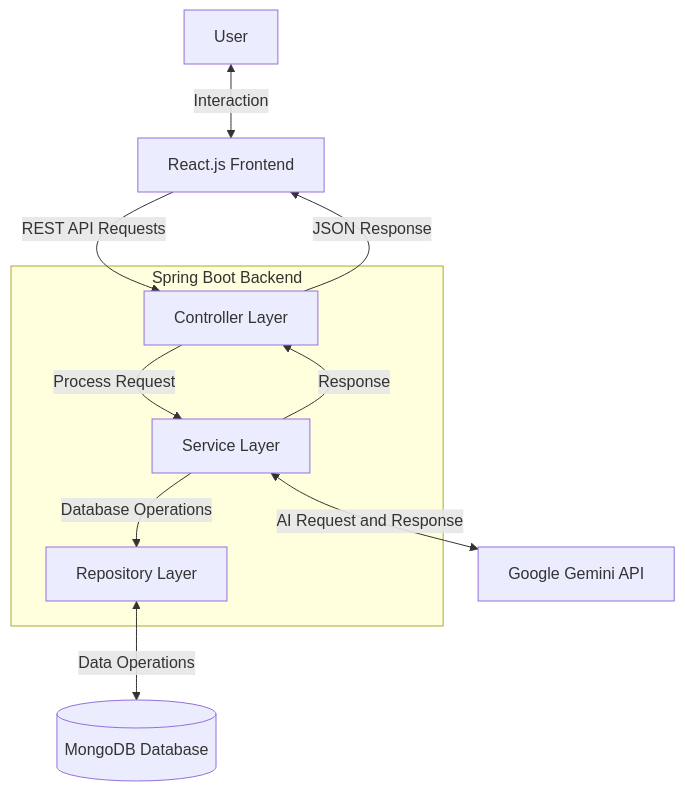
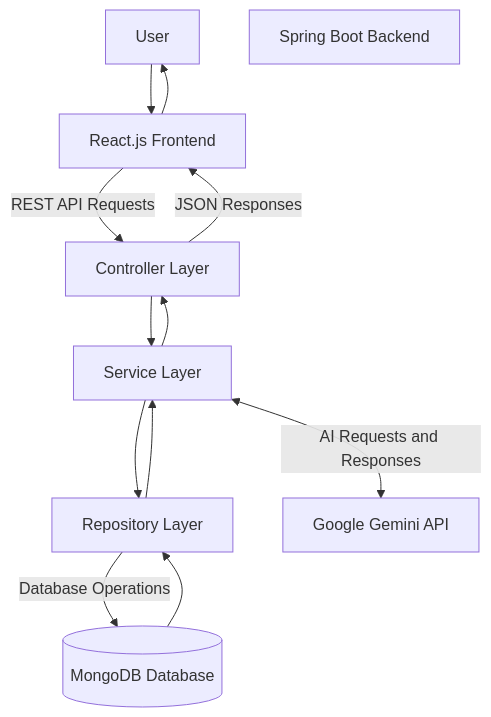
One commit to Snadip2929/ai-powered-kanban-planner changed the first of 6 diagrams in documentation/System_Design.md. Above: the diagram before and after it, drawn with Mermaid. The commit also changed other lines of this file, not shown here.

````diff
--- a/documentation/System_Design.md
+++ b/documentation/System_Design.md
@@ -15,25 +56,27 @@
 ```mermaid
-
 flowchart TD
     U[User]
     FE[React.js Frontend]
+    BE[Spring Boot Backend]
 
-    subgraph BE[Spring Boot Backend]
-        C[Controller Layer]
-        S[Service Layer]
-        R[Repository Layer]
-    end
+    C[Controller Layer]
+    S[Service Layer]
+    R[Repository Layer]
 
     DB[(MongoDB Database)]
     AI[Google Gemini API]
 
-    U <-->|Interaction| FE
+    U --> FE
     FE -->|REST API Requests| C
-    C -->|Process Request| S
-    S -->|Database Operations| R
-    R <-->|Data Operations| DB
-    S <-->|AI Request and Response| AI
-    S -->|Response| C
-    C -->|JSON Response| FE
+    C --> S
+    S --> R
+    R -->|Database Operations| DB
+    DB --> R
+    R --> S
 
+    S <-->|AI Requests and Responses| AI
+
+    S --> C
+    C -->|JSON Responses| FE
+    FE --> U
 ```
````
